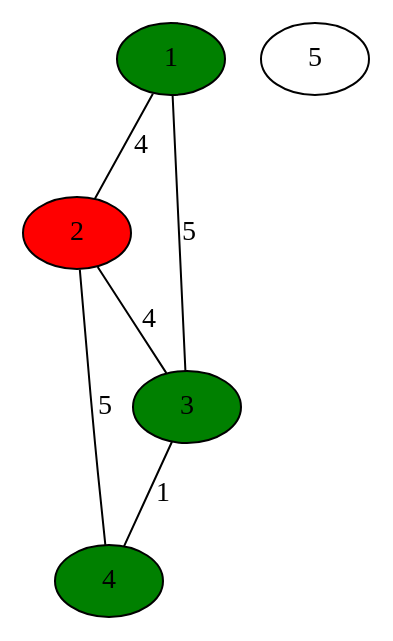
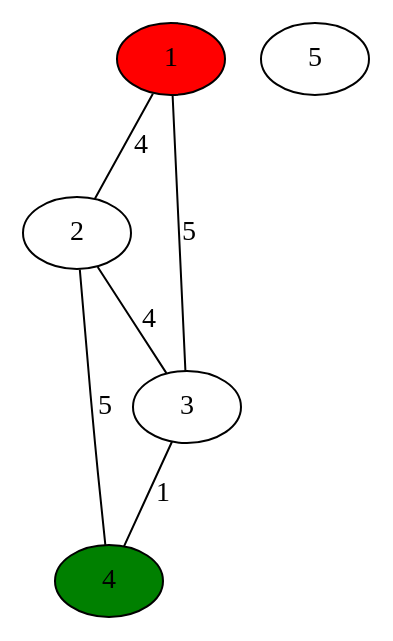
The diagram in lab_07_12/graph.gv (SGCube/IU7-Data-Types-and-Structures), drawn with Graphviz before and after one commit. The commit also changed 2 other files, not shown here.

```diff
--- a/lab_07_12/graph.gv
+++ b/lab_07_12/graph.gv
@@ -1,12 +1,12 @@
 graph roads {
-1 [style=filled, fillcolor=green];
-2 [style=filled, fillcolor=red];
-3 [style=filled, fillcolor=green];
+1 [style=filled, fillcolor=red];
+2;
+3;
 4 [style=filled, fillcolor=green];
 5;
 1 -- 2 [label=4];
 1 -- 3 [label=5];
 2 -- 3 [label=4];
 2 -- 4 [label=5];
 3 -- 4 [label=1];
 }
```
